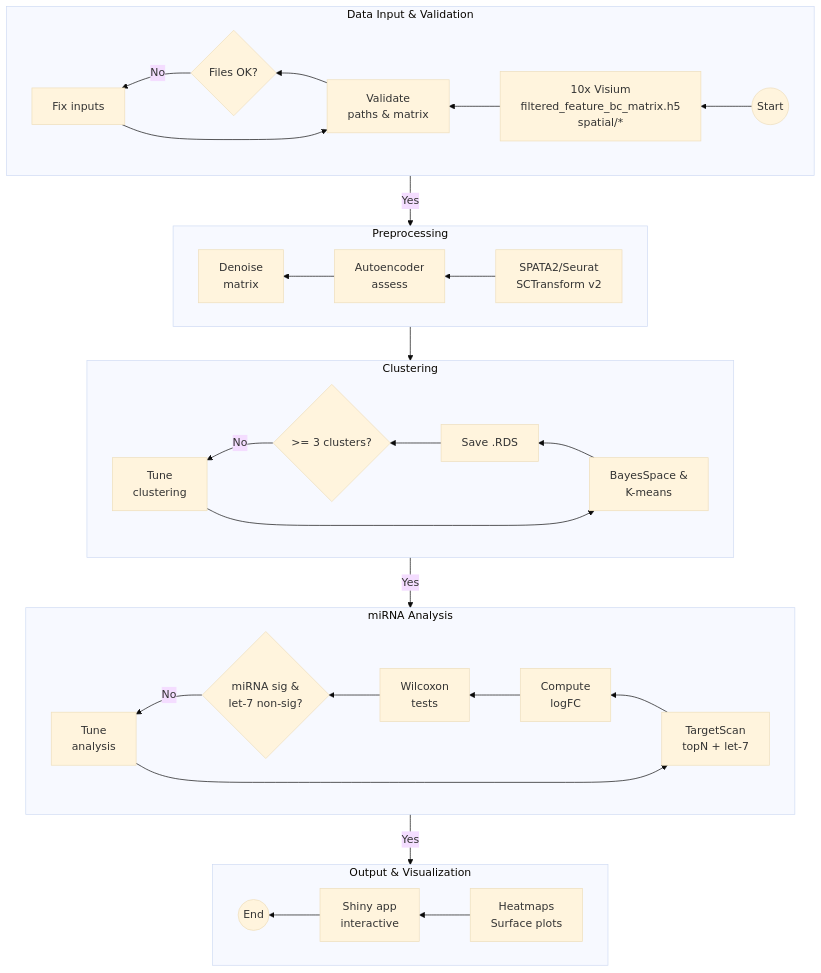
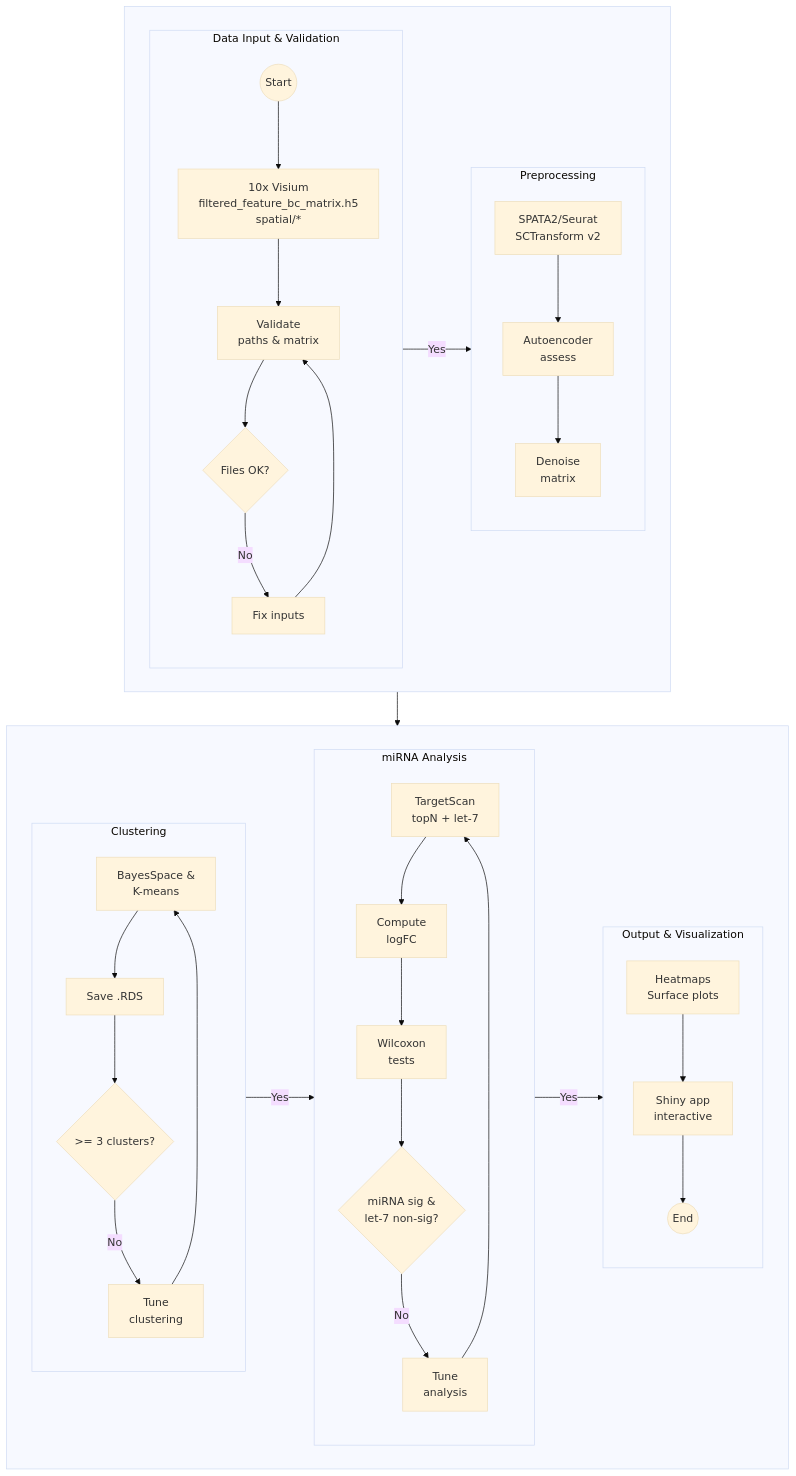
The diagram in Readme.md (shon-1210/10X-Visium-Spatial-Transcriptomics-Pipeline-to-Analyse-miRNA-Expression-Patterns), drawn with Mermaid (base theme) before and after one commit.

````diff
--- a/Readme.md
+++ b/Readme.md
@@ -33,37 +33,69 @@
 ```mermaid
 flowchart TB
-  %% Stacked horizontal sections for GitHub display
-  subgraph input_phase ["Data Input & Validation"]
-    direction RL
-    start((Start)) --> input[10x Visium<br/>filtered_feature_bc_matrix.h5<br/>spatial/*] --> validate[Validate<br/>paths & matrix] --> reqOK{Files OK?}
-    reqOK -->|No| fixInputs[Fix inputs] --> validate
+  %% Top row - Input and Preprocessing
+  subgraph top_row [" "]
+    direction LR
+    subgraph input_phase ["Data Input & Validation"]
+      direction TB
+      start((Start))
+      input[10x Visium<br/>filtered_feature_bc_matrix.h5<br/>spatial/*]
+      validate[Validate<br/>paths & matrix]
+      reqOK{Files OK?}
+      fixInputs[Fix inputs]
+      
+      start --> input --> validate --> reqOK
+      reqOK -->|No| fixInputs --> validate
+    end
+    
+    subgraph preprocessing ["Preprocessing"]
+      direction TB
+      init[SPATA2/Seurat<br/>SCTransform v2]
+      ae[Autoencoder<br/>assess]
+      denoise[Denoise<br/>matrix]
+      
+      init --> ae --> denoise
+    end
   end
   
-  subgraph preprocessing ["Preprocessing"]
-    direction RL
-    init[SPATA2/Seurat<br/>SCTransform v2] --> ae[Autoencoder<br/>assess] --> denoise[Denoise<br/>matrix]
+  %% Bottom row - Clustering, Analysis, and Output
+  subgraph bottom_row [" "]
+    direction LR
+    subgraph clustering ["Clustering"]
+      direction TB
+      cluster[BayesSpace &<br/>K-means]
+      freeze[Save .RDS]
+      enoughK{">= 3 clusters?"}
+      tuneClust[Tune<br/>clustering]
+      
+      cluster --> freeze --> enoughK
+      enoughK -->|No| tuneClust --> cluster
+    end
+    
+    subgraph analysis ["miRNA Analysis"]
+      direction TB
+      targets[TargetScan<br/>topN + let-7]
+      logfc[Compute<br/>logFC]
+      wilcox[Wilcoxon<br/>tests]
+      qcSig{"miRNA sig &<br/>let-7 non-sig?"}
+      tuneTopN[Tune<br/>analysis]
+      
+      targets --> logfc --> wilcox --> qcSig
+      qcSig -->|No| tuneTopN --> targets
+    end
+    
+    subgraph output ["Output & Visualization"]
+      direction TB
+      viz[Heatmaps<br/>Surface plots]
+      shiny[Shiny app<br/>interactive]
+      fin((End))
+      
+      viz --> shiny --> fin
+    end
   end
   
-  subgraph clustering ["Clustering"]
-    direction RL
-    cluster[BayesSpace &<br/>K-means] --> freeze[Save .RDS] --> enoughK{">= 3 clusters?"}
-    enoughK -->|No| tuneClust[Tune<br/>clustering] --> cluster
-  end
-  
-  subgraph analysis ["miRNA Analysis"]
-    direction RL
-    targets[TargetScan<br/>topN + let-7] --> logfc[Compute<br/>logFC] --> wilcox[Wilcoxon<br/>tests] --> qcSig{"miRNA sig &<br/>let-7 non-sig?"}
-    qcSig -->|No| tuneTopN[Tune<br/>analysis] --> targets
-  end
-  
-  subgraph output ["Output & Visualization"]
-    direction RL
-    viz[Heatmaps<br/>Surface plots] --> shiny[Shiny app<br/>interactive] --> fin((End))
-  end
-  
-  %% Connect sections vertically
+  %% Connect between rows
   reqOK -->|Yes| init
   denoise --> cluster
   enoughK -->|Yes| targets
   qcSig -->|Yes| viz
 ```
````
